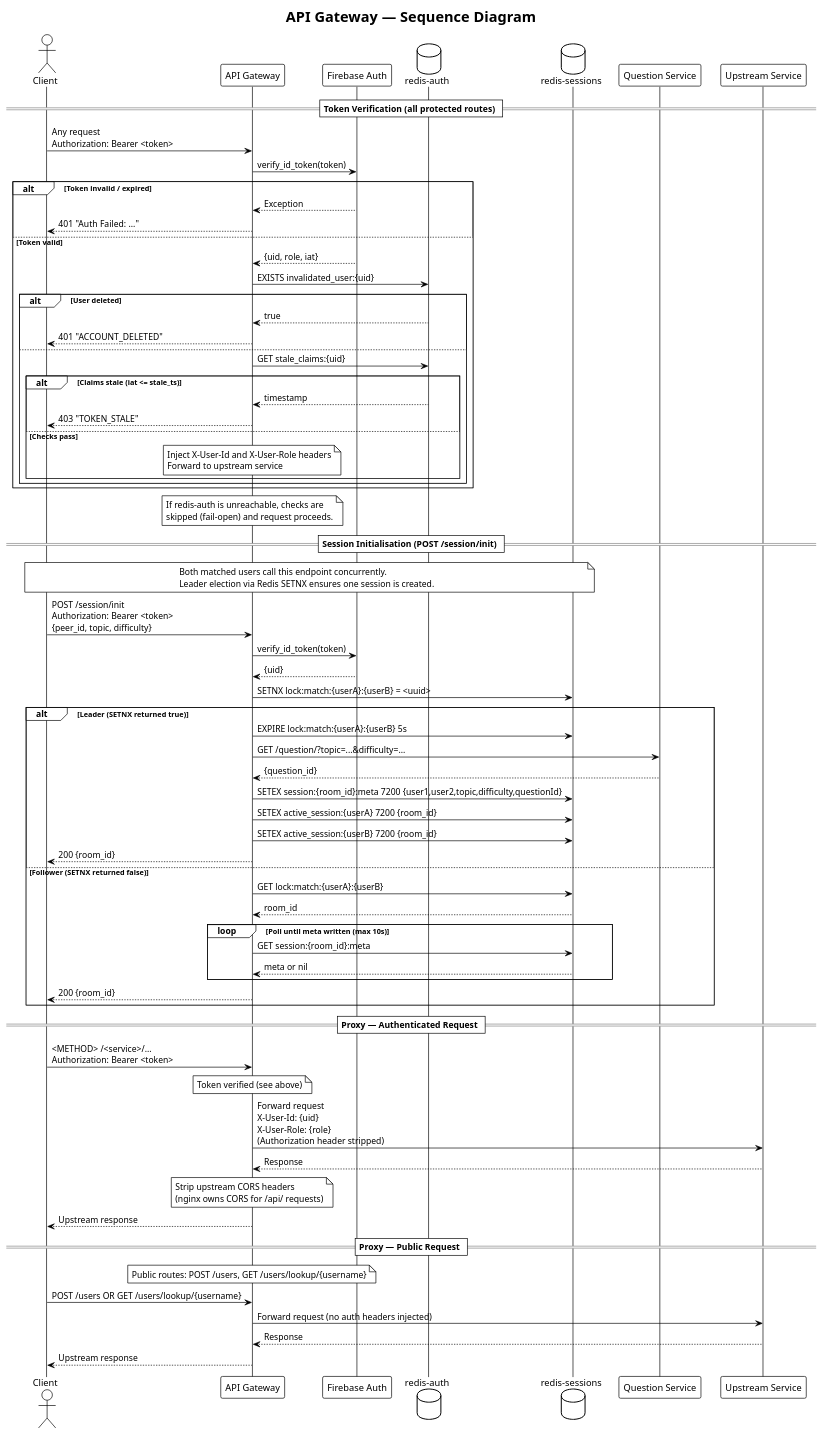
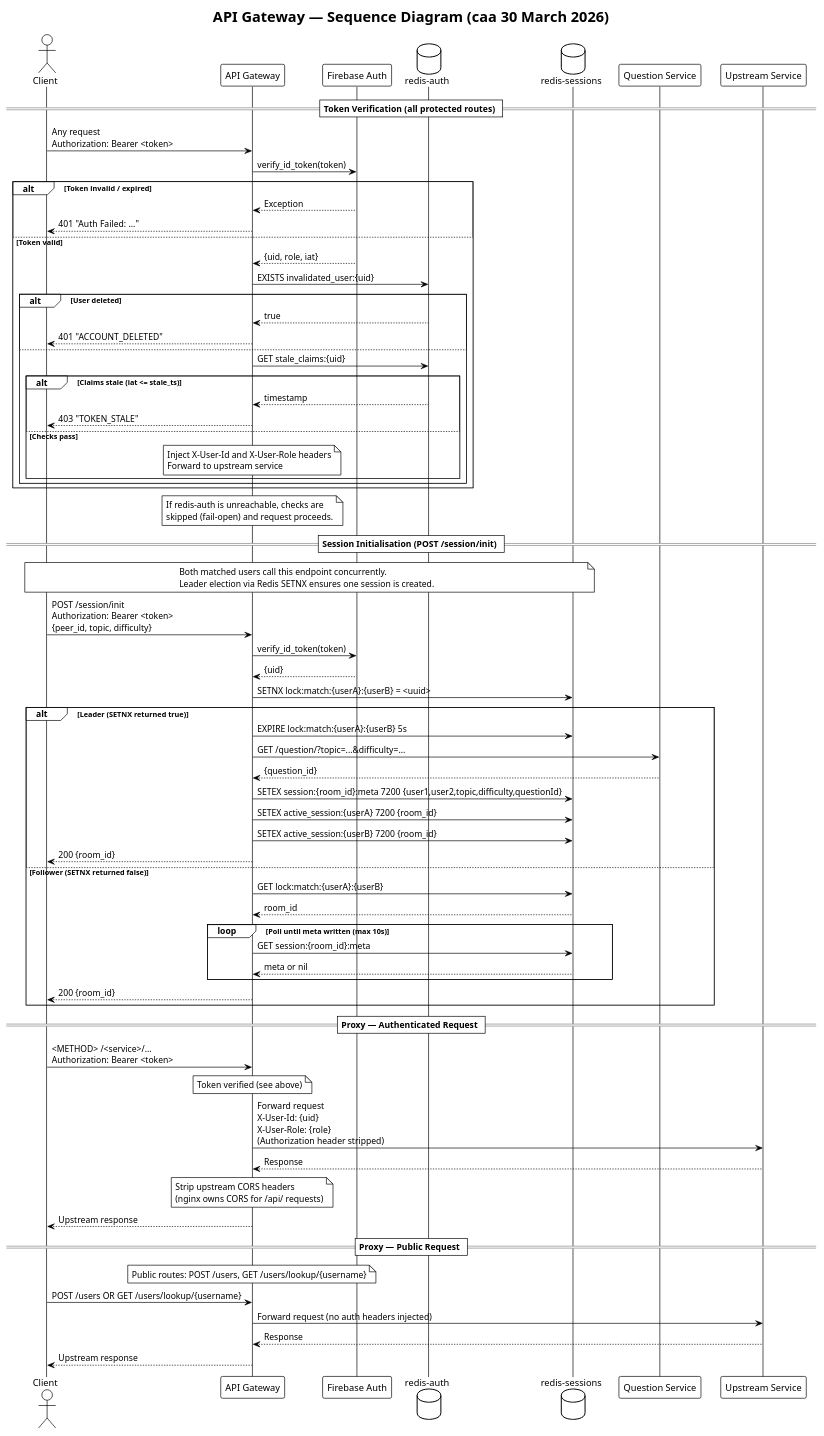
One commit to CS3219-AY2526S2/peerprep-g18 changed the diagram in docs/plantUML/api-gateway-sequence.puml. Above: the diagram before and after it, drawn with PlantUML. The commit also changed 16 other files, not shown here.

```diff
--- a/docs/plantUML/api-gateway-sequence.puml
+++ b/docs/plantUML/api-gateway-sequence.puml
@@ -1,88 +1,88 @@
 @startuml API Gateway Sequence Diagram
 !theme plain
 skinparam responseMessageBelowArrow true
 
-title API Gateway — Sequence Diagram
+title API Gateway — Sequence Diagram (caa 30 March 2026)
 
 actor Client
 participant "API Gateway" as GW
 participant "Firebase Auth" as FA
 database "redis-auth" as RA
 database "redis-sessions" as RS
 participant "Question Service" as QS
 participant "Upstream Service" as US
 
 == Token Verification (all protected routes) ==
 
 Client -> GW: Any request\nAuthorization: Bearer <token>
 GW -> FA: verify_id_token(token)
 
 alt Token invalid / expired
     FA --> GW: Exception
     GW --> Client: 401 "Auth Failed: ..."
 else Token valid
     FA --> GW: {uid, role, iat}
     GW -> RA: EXISTS invalidated_user:{uid}
     alt User deleted
         RA --> GW: true
         GW --> Client: 401 "ACCOUNT_DELETED"
     else
         GW -> RA: GET stale_claims:{uid}
         alt Claims stale (iat <= stale_ts)
             RA --> GW: timestamp
             GW --> Client: 403 "TOKEN_STALE"
         else Checks pass
             note over GW: Inject X-User-Id and X-User-Role headers\nForward to upstream service
         end
     end
 end
 
 note over GW: If redis-auth is unreachable, checks are\nskipped (fail-open) and request proceeds.
 
 == Session Initialisation (POST /session/init) ==
 
 note over Client, RS: Both matched users call this endpoint concurrently.\nLeader election via Redis SETNX ensures one session is created.
 
 Client -> GW: POST /session/init\nAuthorization: Bearer <token>\n{peer_id, topic, difficulty}
 GW -> FA: verify_id_token(token)
 FA --> GW: {uid}
 
 GW -> RS: SETNX lock:match:{userA}:{userB} = <uuid>
 
 alt Leader (SETNX returned true)
     GW -> RS: EXPIRE lock:match:{userA}:{userB} 5s
     GW -> QS: GET /question/?topic=...&difficulty=...
     QS --> GW: {question_id}
     GW -> RS: SETEX session:{room_id}:meta 7200 {user1,user2,topic,difficulty,questionId}
     GW -> RS: SETEX active_session:{userA} 7200 {room_id}
     GW -> RS: SETEX active_session:{userB} 7200 {room_id}
     GW --> Client: 200 {room_id}
 else Follower (SETNX returned false)
     GW -> RS: GET lock:match:{userA}:{userB}
     RS --> GW: room_id
     loop Poll until meta written (max 10s)
         GW -> RS: GET session:{room_id}:meta
         RS --> GW: meta or nil
     end
     GW --> Client: 200 {room_id}
 end
 
 == Proxy — Authenticated Request ==
 
 Client -> GW: <METHOD> /<service>/...\nAuthorization: Bearer <token>
 note over GW: Token verified (see above)
 GW -> US: Forward request\nX-User-Id: {uid}\nX-User-Role: {role}\n(Authorization header stripped)
 US --> GW: Response
 note over GW: Strip upstream CORS headers\n(nginx owns CORS for /api/ requests)
 GW --> Client: Upstream response
 
 == Proxy — Public Request ==
 
 note over GW: Public routes: POST /users, GET /users/lookup/{username}
 
 Client -> GW: POST /users OR GET /users/lookup/{username}
 GW -> US: Forward request (no auth headers injected)
 US --> GW: Response
 GW --> Client: Upstream response
 
 @enduml
```
